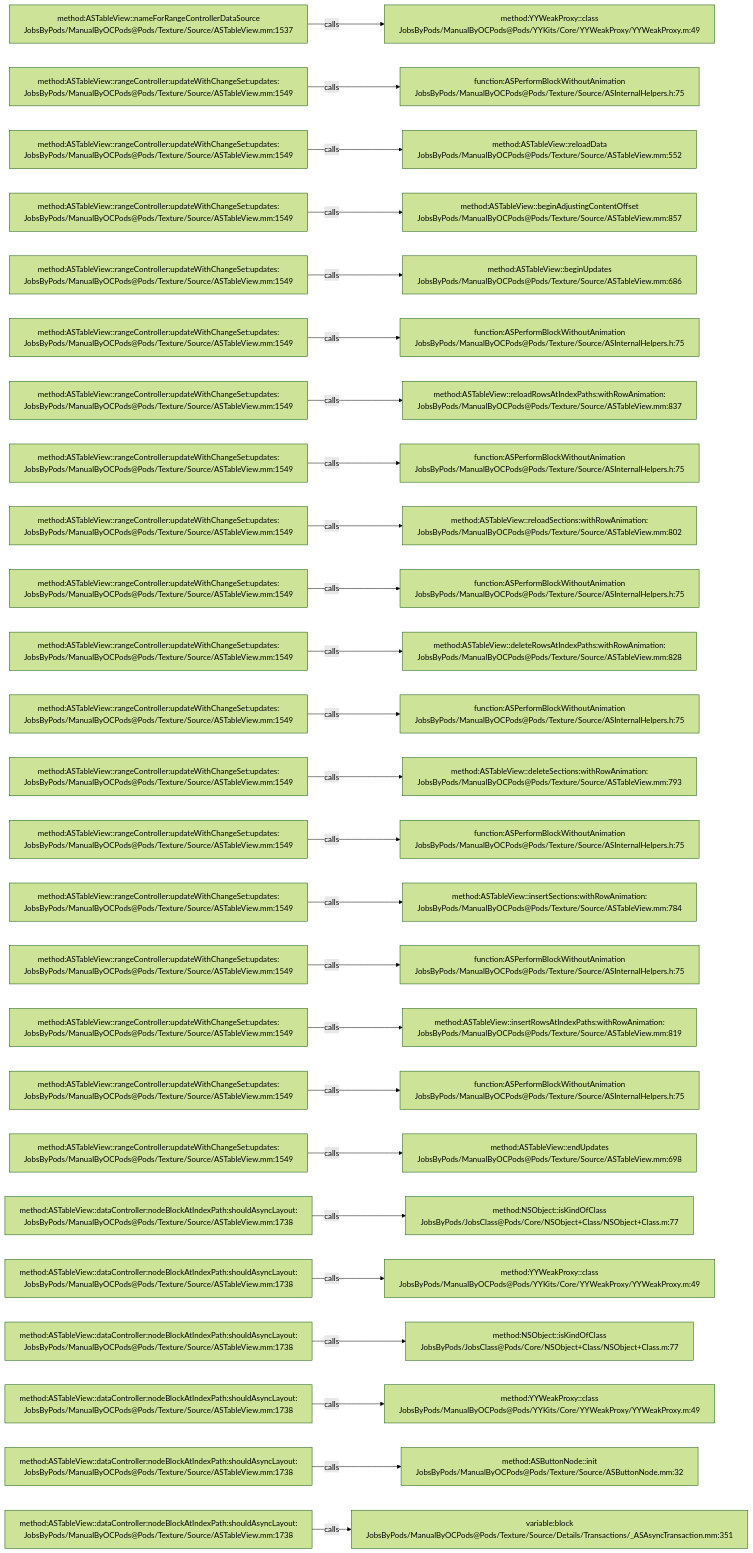
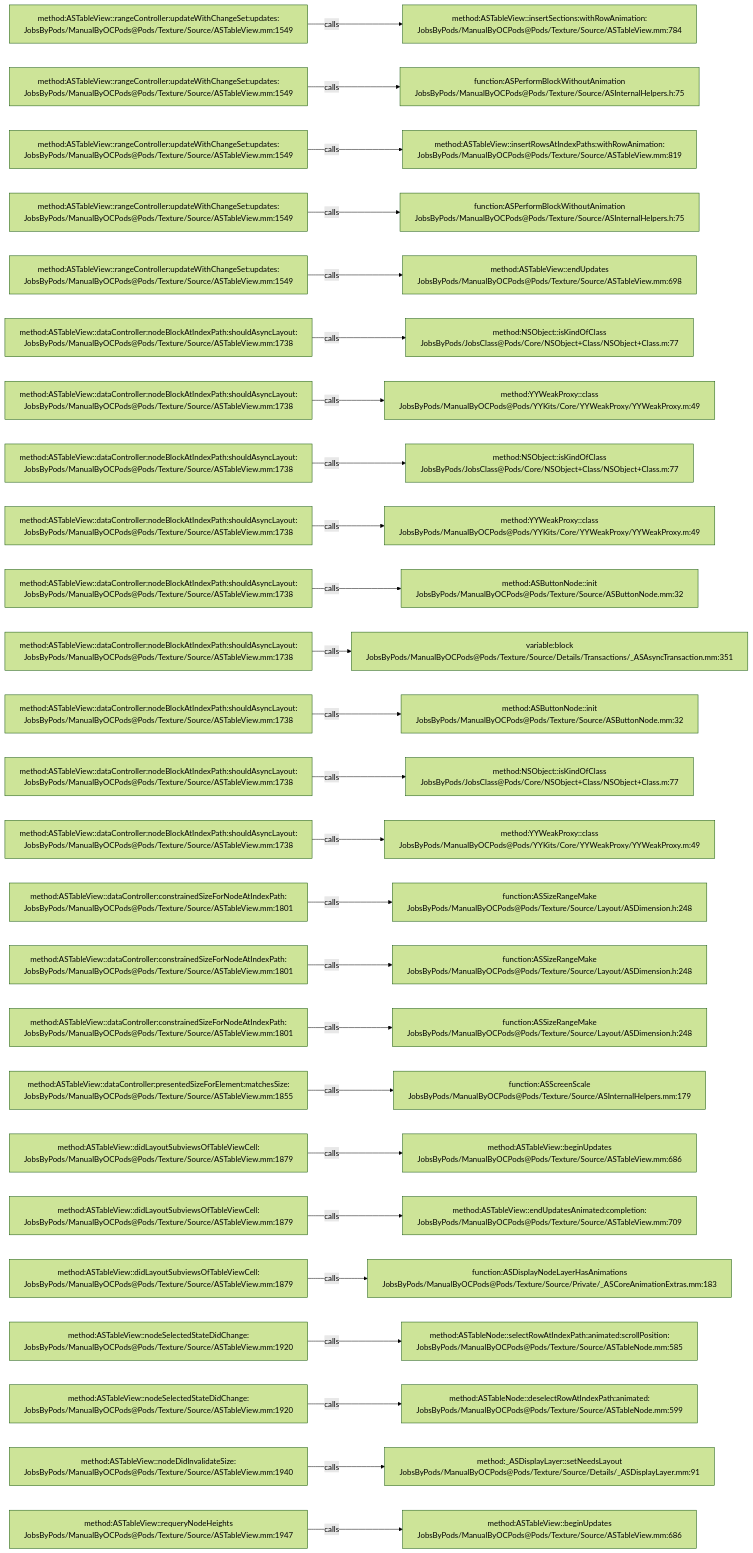
Before and after one commit to JobsKits/JobsOCBaseConfigDemo: the diagram in .codegraph/codegraph.md/graphs/calls-132.md, drawn with Mermaid (forest theme). The commit also changed 296 other files, not shown here.

````diff
--- a/.codegraph/codegraph.md/graphs/calls-132.md
+++ b/.codegraph/codegraph.md/graphs/calls-132.md
@@ -13,78 +13,78 @@
 ```mermaid
 flowchart LR
-  S1["method:ASTableView::nameForRangeControllerDataSource<br/>JobsByPods/ManualByOCPods@Pods/Texture/Source/ASTableView.mm:1537"]
-  T1["method:YYWeakProxy::class<br/>JobsByPods/ManualByOCPods@Pods/YYKits/Core/YYWeakProxy/YYWeakProxy.m:49"]
+  S1["method:ASTableView::rangeController:updateWithChangeSet:updates:<br/>JobsByPods/ManualByOCPods@Pods/Texture/Source/ASTableView.mm:1549"]
+  T1["method:ASTableView::insertSections:withRowAnimation:<br/>JobsByPods/ManualByOCPods@Pods/Texture/Source/ASTableView.mm:784"]
   S1 -->|calls| T1
   S2["method:ASTableView::rangeController:updateWithChangeSet:updates:<br/>JobsByPods/ManualByOCPods@Pods/Texture/Source/ASTableView.mm:1549"]
   T2["function:ASPerformBlockWithoutAnimation<br/>JobsByPods/ManualByOCPods@Pods/Texture/Source/ASInternalHelpers.h:75"]
   S2 -->|calls| T2
   S3["method:ASTableView::rangeController:updateWithChangeSet:updates:<br/>JobsByPods/ManualByOCPods@Pods/Texture/Source/ASTableView.mm:1549"]
-  T3["method:ASTableView::reloadData<br/>JobsByPods/ManualByOCPods@Pods/Texture/Source/ASTableView.mm:552"]
+  T3["method:ASTableView::insertRowsAtIndexPaths:withRowAnimation:<br/>JobsByPods/ManualByOCPods@Pods/Texture/Source/ASTableView.mm:819"]
   S3 -->|calls| T3
   S4["method:ASTableView::rangeController:updateWithChangeSet:updates:<br/>JobsByPods/ManualByOCPods@Pods/Texture/Source/ASTableView.mm:1549"]
-  T4["method:ASTableView::beginAdjustingContentOffset<br/>JobsByPods/ManualByOCPods@Pods/Texture/Source/ASTableView.mm:857"]
+  T4["function:ASPerformBlockWithoutAnimation<br/>JobsByPods/ManualByOCPods@Pods/Texture/Source/ASInternalHelpers.h:75"]
   S4 -->|calls| T4
   S5["method:ASTableView::rangeController:updateWithChangeSet:updates:<br/>JobsByPods/ManualByOCPods@Pods/Texture/Source/ASTableView.mm:1549"]
-  T5["method:ASTableView::beginUpdates<br/>JobsByPods/ManualByOCPods@Pods/Texture/Source/ASTableView.mm:686"]
+  T5["method:ASTableView::endUpdates<br/>JobsByPods/ManualByOCPods@Pods/Texture/Source/ASTableView.mm:698"]
   S5 -->|calls| T5
-  S6["method:ASTableView::rangeController:updateWithChangeSet:updates:<br/>JobsByPods/ManualByOCPods@Pods/Texture/Source/ASTableView.mm:1549"]
-  T6["function:ASPerformBlockWithoutAnimation<br/>JobsByPods/ManualByOCPods@Pods/Texture/Source/ASInternalHelpers.h:75"]
+  S6["method:ASTableView::dataController:nodeBlockAtIndexPath:shouldAsyncLayout:<br/>JobsByPods/ManualByOCPods@Pods/Texture/Source/ASTableView.mm:1738"]
+  T6["method:NSObject::isKindOfClass<br/>JobsByPods/JobsClass@Pods/Core/NSObject+Class/NSObject+Class.m:77"]
   S6 -->|calls| T6
-  S7["method:ASTableView::rangeController:updateWithChangeSet:updates:<br/>JobsByPods/ManualByOCPods@Pods/Texture/Source/ASTableView.mm:1549"]
-  T7["method:ASTableView::reloadRowsAtIndexPaths:withRowAnimation:<br/>JobsByPods/ManualByOCPods@Pods/Texture/Source/ASTableView.mm:837"]
+  S7["method:ASTableView::dataController:nodeBlockAtIndexPath:shouldAsyncLayout:<br/>JobsByPods/ManualByOCPods@Pods/Texture/Source/ASTableView.mm:1738"]
+  T7["method:YYWeakProxy::class<br/>JobsByPods/ManualByOCPods@Pods/YYKits/Core/YYWeakProxy/YYWeakProxy.m:49"]
   S7 -->|calls| T7
-  S8["method:ASTableView::rangeController:updateWithChangeSet:updates:<br/>JobsByPods/ManualByOCPods@Pods/Texture/Source/ASTableView.mm:1549"]
-  T8["function:ASPerformBlockWithoutAnimation<br/>JobsByPods/ManualByOCPods@Pods/Texture/Source/ASInternalHelpers.h:75"]
+  S8["method:ASTableView::dataController:nodeBlockAtIndexPath:shouldAsyncLayout:<br/>JobsByPods/ManualByOCPods@Pods/Texture/Source/ASTableView.mm:1738"]
+  T8["method:NSObject::isKindOfClass<br/>JobsByPods/JobsClass@Pods/Core/NSObject+Class/NSObject+Class.m:77"]
   S8 -->|calls| T8
-  S9["method:ASTableView::rangeController:updateWithChangeSet:updates:<br/>JobsByPods/ManualByOCPods@Pods/Texture/Source/ASTableView.mm:1549"]
-  T9["method:ASTableView::reloadSections:withRowAnimation:<br/>JobsByPods/ManualByOCPods@Pods/Texture/Source/ASTableView.mm:802"]
+  S9["method:ASTableView::dataController:nodeBlockAtIndexPath:shouldAsyncLayout:<br/>JobsByPods/ManualByOCPods@Pods/Texture/Source/ASTableView.mm:1738"]
+  T9["method:YYWeakProxy::class<br/>JobsByPods/ManualByOCPods@Pods/YYKits/Core/YYWeakProxy/YYWeakProxy.m:49"]
   S9 -->|calls| T9
-  S10["method:ASTableView::rangeController:updateWithChangeSet:updates:<br/>JobsByPods/ManualByOCPods@Pods/Texture/Source/ASTableView.mm:1549"]
-  T10["function:ASPerformBlockWithoutAnimation<br/>JobsByPods/ManualByOCPods@Pods/Texture/Source/ASInternalHelpers.h:75"]
+  S10["method:ASTableView::dataController:nodeBlockAtIndexPath:shouldAsyncLayout:<br/>JobsByPods/ManualByOCPods@Pods/Texture/Source/ASTableView.mm:1738"]
+  T10["method:ASButtonNode::init<br/>JobsByPods/ManualByOCPods@Pods/Texture/Source/ASButtonNode.mm:32"]
   S10 -->|calls| T10
-  S11["method:ASTableView::rangeController:updateWithChangeSet:updates:<br/>JobsByPods/ManualByOCPods@Pods/Texture/Source/ASTableView.mm:1549"]
-  T11["method:ASTableView::deleteRowsAtIndexPaths:withRowAnimation:<br/>JobsByPods/ManualByOCPods@Pods/Texture/Source/ASTableView.mm:828"]
+  S11["method:ASTableView::dataController:nodeBlockAtIndexPath:shouldAsyncLayout:<br/>JobsByPods/ManualByOCPods@Pods/Texture/Source/ASTableView.mm:1738"]
+  T11["variable:block<br/>JobsByPods/ManualByOCPods@Pods/Texture/Source/Details/Transactions/_ASAsyncTransaction.mm:351"]
   S11 -->|calls| T11
-  S12["method:ASTableView::rangeController:updateWithChangeSet:updates:<br/>JobsByPods/ManualByOCPods@Pods/Texture/Source/ASTableView.mm:1549"]
-  T12["function:ASPerformBlockWithoutAnimation<br/>JobsByPods/ManualByOCPods@Pods/Texture/Source/ASInternalHelpers.h:75"]
+  S12["method:ASTableView::dataController:nodeBlockAtIndexPath:shouldAsyncLayout:<br/>JobsByPods/ManualByOCPods@Pods/Texture/Source/ASTableView.mm:1738"]
+  T12["method:ASButtonNode::init<br/>JobsByPods/ManualByOCPods@Pods/Texture/Source/ASButtonNode.mm:32"]
   S12 -->|calls| T12
-  S13["method:ASTableView::rangeController:updateWithChangeSet:updates:<br/>JobsByPods/ManualByOCPods@Pods/Texture/Source/ASTableView.mm:1549"]
-  T13["method:ASTableView::deleteSections:withRowAnimation:<br/>JobsByPods/ManualByOCPods@Pods/Texture/Source/ASTableView.mm:793"]
+  S13["method:ASTableView::dataController:nodeBlockAtIndexPath:shouldAsyncLayout:<br/>JobsByPods/ManualByOCPods@Pods/Texture/Source/ASTableView.mm:1738"]
+  T13["method:NSObject::isKindOfClass<br/>JobsByPods/JobsClass@Pods/Core/NSObject+Class/NSObject+Class.m:77"]
   S13 -->|calls| T13
-  S14["method:ASTableView::rangeController:updateWithChangeSet:updates:<br/>JobsByPods/ManualByOCPods@Pods/Texture/Source/ASTableView.mm:1549"]
-  T14["function:ASPerformBlockWithoutAnimation<br/>JobsByPods/ManualByOCPods@Pods/Texture/Source/ASInternalHelpers.h:75"]
+  S14["method:ASTableView::dataController:nodeBlockAtIndexPath:shouldAsyncLayout:<br/>JobsByPods/ManualByOCPods@Pods/Texture/Source/ASTableView.mm:1738"]
+  T14["method:YYWeakProxy::class<br/>JobsByPods/ManualByOCPods@Pods/YYKits/Core/YYWeakProxy/YYWeakProxy.m:49"]
   S14 -->|calls| T14
-  S15["method:ASTableView::rangeController:updateWithChangeSet:updates:<br/>JobsByPods/ManualByOCPods@Pods/Texture/Source/ASTableView.mm:1549"]
-  T15["method:ASTableView::insertSections:withRowAnimation:<br/>JobsByPods/ManualByOCPods@Pods/Texture/Source/ASTableView.mm:784"]
+  S15["method:ASTableView::dataController:constrainedSizeForNodeAtIndexPath:<br/>JobsByPods/ManualByOCPods@Pods/Texture/Source/ASTableView.mm:1801"]
+  T15["function:ASSizeRangeMake<br/>JobsByPods/ManualByOCPods@Pods/Texture/Source/Layout/ASDimension.h:248"]
   S15 -->|calls| T15
-  S16["method:ASTableView::rangeController:updateWithChangeSet:updates:<br/>JobsByPods/ManualByOCPods@Pods/Texture/Source/ASTableView.mm:1549"]
-  T16["function:ASPerformBlockWithoutAnimation<br/>JobsByPods/ManualByOCPods@Pods/Texture/Source/ASInternalHelpers.h:75"]
+  S16["method:ASTableView::dataController:constrainedSizeForNodeAtIndexPath:<br/>JobsByPods/ManualByOCPods@Pods/Texture/Source/ASTableView.mm:1801"]
+  T16["function:ASSizeRangeMake<br/>JobsByPods/ManualByOCPods@Pods/Texture/Source/Layout/ASDimension.h:248"]
   S16 -->|calls| T16
-  S17["method:ASTableView::rangeController:updateWithChangeSet:updates:<br/>JobsByPods/ManualByOCPods@Pods/Texture/Source/ASTableView.mm:1549"]
-  T17["method:ASTableView::insertRowsAtIndexPaths:withRowAnimation:<br/>JobsByPods/ManualByOCPods@Pods/Texture/Source/ASTableView.mm:819"]
+  S17["method:ASTableView::dataController:constrainedSizeForNodeAtIndexPath:<br/>JobsByPods/ManualByOCPods@Pods/Texture/Source/ASTableView.mm:1801"]
+  T17["function:ASSizeRangeMake<br/>JobsByPods/ManualByOCPods@Pods/Texture/Source/Layout/ASDimension.h:248"]
   S17 -->|calls| T17
-  S18["method:ASTableView::rangeController:updateWithChangeSet:updates:<br/>JobsByPods/ManualByOCPods@Pods/Texture/Source/ASTableView.mm:1549"]
-  T18["function:ASPerformBlockWithoutAnimation<br/>JobsByPods/ManualByOCPods@Pods/Texture/Source/ASInternalHelpers.h:75"]
+  S18["method:ASTableView::dataController:presentedSizeForElement:matchesSize:<br/>JobsByPods/ManualByOCPods@Pods/Texture/Source/ASTableView.mm:1855"]
+  T18["function:ASScreenScale<br/>JobsByPods/ManualByOCPods@Pods/Texture/Source/ASInternalHelpers.mm:179"]
   S18 -->|calls| T18
-  S19["method:ASTableView::rangeController:updateWithChangeSet:updates:<br/>JobsByPods/ManualByOCPods@Pods/Texture/Source/ASTableView.mm:1549"]
-  T19["method:ASTableView::endUpdates<br/>JobsByPods/ManualByOCPods@Pods/Texture/Source/ASTableView.mm:698"]
+  S19["method:ASTableView::didLayoutSubviewsOfTableViewCell:<br/>JobsByPods/ManualByOCPods@Pods/Texture/Source/ASTableView.mm:1879"]
+  T19["method:ASTableView::beginUpdates<br/>JobsByPods/ManualByOCPods@Pods/Texture/Source/ASTableView.mm:686"]
   S19 -->|calls| T19
-  S20["method:ASTableView::dataController:nodeBlockAtIndexPath:shouldAsyncLayout:<br/>JobsByPods/ManualByOCPods@Pods/Texture/Source/ASTableView.mm:1738"]
-  T20["method:NSObject::isKindOfClass<br/>JobsByPods/JobsClass@Pods/Core/NSObject+Class/NSObject+Class.m:77"]
+  S20["method:ASTableView::didLayoutSubviewsOfTableViewCell:<br/>JobsByPods/ManualByOCPods@Pods/Texture/Source/ASTableView.mm:1879"]
+  T20["method:ASTableView::endUpdatesAnimated:completion:<br/>JobsByPods/ManualByOCPods@Pods/Texture/Source/ASTableView.mm:709"]
   S20 -->|calls| T20
-  S21["method:ASTableView::dataController:nodeBlockAtIndexPath:shouldAsyncLayout:<br/>JobsByPods/ManualByOCPods@Pods/Texture/Source/ASTableView.mm:1738"]
-  T21["method:YYWeakProxy::class<br/>JobsByPods/ManualByOCPods@Pods/YYKits/Core/YYWeakProxy/YYWeakProxy.m:49"]
+  S21["method:ASTableView::didLayoutSubviewsOfTableViewCell:<br/>JobsByPods/ManualByOCPods@Pods/Texture/Source/ASTableView.mm:1879"]
+  T21["function:ASDisplayNodeLayerHasAnimations<br/>JobsByPods/ManualByOCPods@Pods/Texture/Source/Private/_ASCoreAnimationExtras.mm:183"]
   S21 -->|calls| T21
-  S22["method:ASTableView::dataController:nodeBlockAtIndexPath:shouldAsyncLayout:<br/>JobsByPods/ManualByOCPods@Pods/Texture/Source/ASTableView.mm:1738"]
-  T22["method:NSObject::isKindOfClass<br/>JobsByPods/JobsClass@Pods/Core/NSObject+Class/NSObject+Class.m:77"]
+  S22["method:ASTableView::nodeSelectedStateDidChange:<br/>JobsByPods/ManualByOCPods@Pods/Texture/Source/ASTableView.mm:1920"]
+  T22["method:ASTableNode::selectRowAtIndexPath:animated:scrollPosition:<br/>JobsByPods/ManualByOCPods@Pods/Texture/Source/ASTableNode.mm:585"]
   S22 -->|calls| T22
-  S23["method:ASTableView::dataController:nodeBlockAtIndexPath:shouldAsyncLayout:<br/>JobsByPods/ManualByOCPods@Pods/Texture/Source/ASTableView.mm:1738"]
-  T23["method:YYWeakProxy::class<br/>JobsByPods/ManualByOCPods@Pods/YYKits/Core/YYWeakProxy/YYWeakProxy.m:49"]
+  S23["method:ASTableView::nodeSelectedStateDidChange:<br/>JobsByPods/ManualByOCPods@Pods/Texture/Source/ASTableView.mm:1920"]
+  T23["method:ASTableNode::deselectRowAtIndexPath:animated:<br/>JobsByPods/ManualByOCPods@Pods/Texture/Source/ASTableNode.mm:599"]
   S23 -->|calls| T23
-  S24["method:ASTableView::dataController:nodeBlockAtIndexPath:shouldAsyncLayout:<br/>JobsByPods/ManualByOCPods@Pods/Texture/Source/ASTableView.mm:1738"]
-  T24["method:ASButtonNode::init<br/>JobsByPods/ManualByOCPods@Pods/Texture/Source/ASButtonNode.mm:32"]
+  S24["method:ASTableView::nodeDidInvalidateSize:<br/>JobsByPods/ManualByOCPods@Pods/Texture/Source/ASTableView.mm:1940"]
+  T24["method:_ASDisplayLayer::setNeedsLayout<br/>JobsByPods/ManualByOCPods@Pods/Texture/Source/Details/_ASDisplayLayer.mm:91"]
   S24 -->|calls| T24
-  S25["method:ASTableView::dataController:nodeBlockAtIndexPath:shouldAsyncLayout:<br/>JobsByPods/ManualByOCPods@Pods/Texture/Source/ASTableView.mm:1738"]
-  T25["variable:block<br/>JobsByPods/ManualByOCPods@Pods/Texture/Source/Details/Transactions/_ASAsyncTransaction.mm:351"]
+  S25["method:ASTableView::requeryNodeHeights<br/>JobsByPods/ManualByOCPods@Pods/Texture/Source/ASTableView.mm:1947"]
+  T25["method:ASTableView::beginUpdates<br/>JobsByPods/ManualByOCPods@Pods/Texture/Source/ASTableView.mm:686"]
   S25 -->|calls| T25
 ```
````
